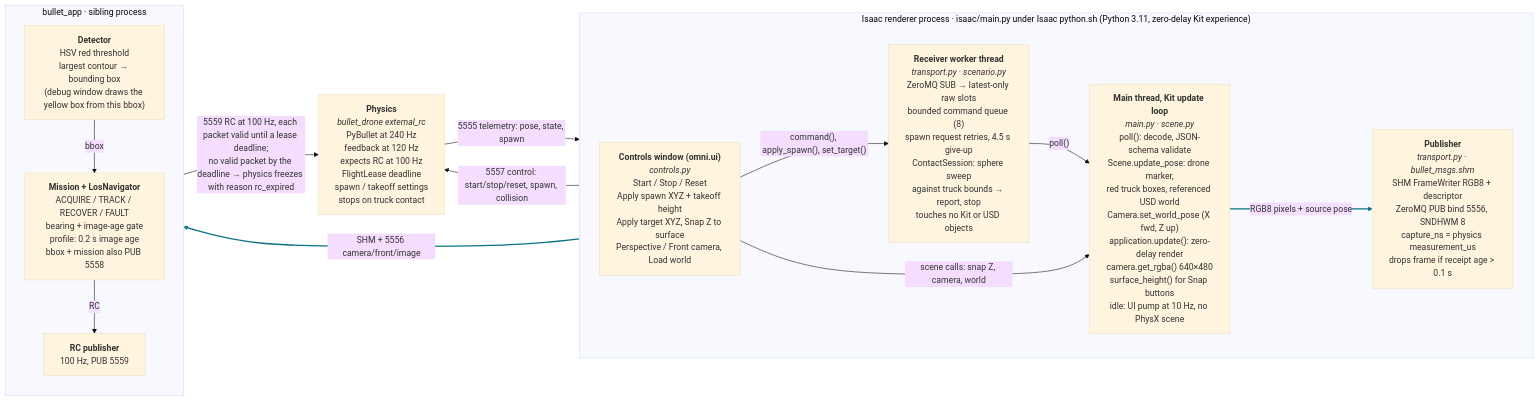
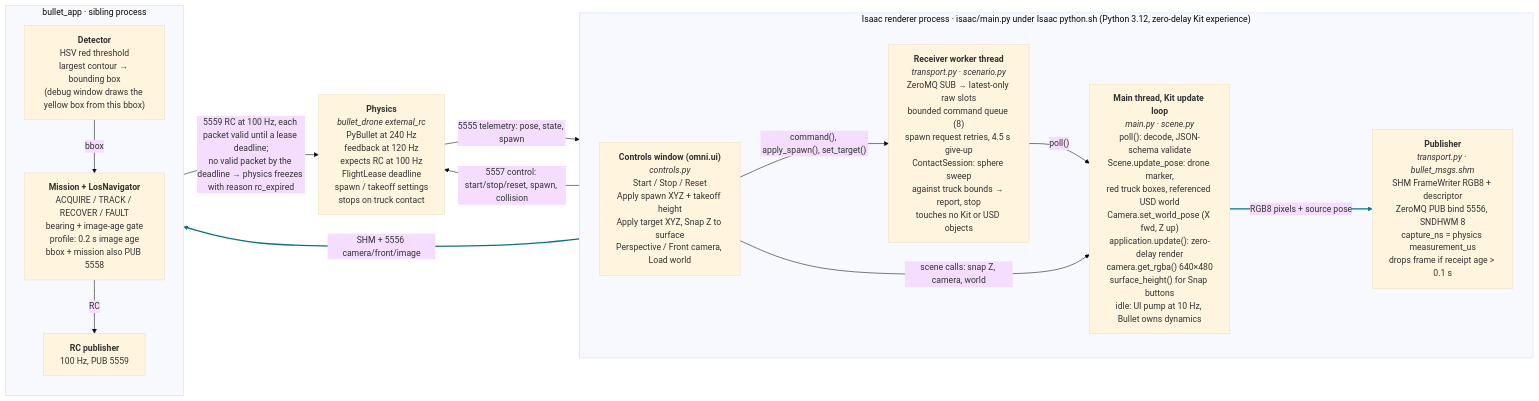
One commit to mayaboker/bullet_render changed the diagram in isaac/docs/isaac-renderer-map.md. Above: the diagram before and after it, drawn with Mermaid (base theme). The commit also changed other lines of this file and 14 other files, not shown here.

````diff
--- a/isaac/docs/isaac-renderer-map.md
+++ b/isaac/docs/isaac-renderer-map.md
@@ -15,32 +15,32 @@
 ```mermaid
 flowchart LR
     Physics["<b>Physics</b><br/><i>bullet_drone external_rc</i><br/>PyBullet at 240 Hz<br/>feedback at 120 Hz<br/>expects RC at 100 Hz<br/>FlightLease deadline<br/>spawn / takeoff settings<br/>stops on truck contact"]
 
-    subgraph Renderer["Isaac renderer process · isaac/main.py under Isaac python.sh (Python 3.11, zero-delay Kit experience)"]
+    subgraph Renderer["Isaac renderer process · isaac/main.py under Isaac python.sh (Python 3.12, zero-delay Kit experience)"]
         direction LR
         Receiver["<b>Receiver worker thread</b><br/><i>transport.py · scenario.py</i><br/>ZeroMQ SUB → latest-only raw slots<br/>bounded command queue (8)<br/>spawn request retries, 4.5 s give-up<br/>ContactSession: sphere sweep<br/>against truck bounds → report, stop<br/>touches no Kit or USD objects"]
-        Main["<b>Main thread, Kit update loop</b><br/><i>main.py · scene.py</i><br/>poll(): decode, JSON-schema validate<br/>Scene.update_pose: drone marker,<br/>red truck boxes, referenced USD world<br/>Camera.set_world_pose (X fwd, Z up)<br/>application.update(): zero-delay render<br/>camera.get_rgba() 640×480<br/>surface_height() for Snap buttons<br/>idle: UI pump at 10 Hz, no PhysX scene"]
+        Main["<b>Main thread, Kit update loop</b><br/><i>main.py · scene.py</i><br/>poll(): decode, JSON-schema validate<br/>Scene.update_pose: drone marker,<br/>red truck boxes, referenced USD world<br/>Camera.set_world_pose (X fwd, Z up)<br/>application.update(): zero-delay render<br/>camera.get_rgba() 640×480<br/>surface_height() for Snap buttons<br/>idle: UI pump at 10 Hz, Bullet owns dynamics"]
         Controls["<b>Controls window (omni.ui)</b><br/><i>controls.py</i><br/>Start / Stop / Reset<br/>Apply spawn XYZ + takeoff height<br/>Apply target XYZ, Snap Z to surface<br/>Perspective / Front camera, Load world"]
         Publisher["<b>Publisher</b><br/><i>transport.py · bullet_msgs.shm</i><br/>SHM FrameWriter RGB8 + descriptor<br/>ZeroMQ PUB bind 5556, SNDHWM 8<br/>capture_ns = physics measurement_us<br/>drops frame if receipt age &gt; 0.1 s"]
     end
 
     subgraph App["bullet_app · sibling process"]
         direction TB
         Detector["<b>Detector</b><br/>HSV red threshold<br/>largest contour → bounding box<br/>(debug window draws the yellow box from this bbox)"]
         Mission["<b>Mission + LosNavigator</b><br/>ACQUIRE / TRACK / RECOVER / FAULT<br/>bearing + image-age gate<br/>profile: 0.2 s image age<br/>bbox + mission also PUB 5558"]
         RC["<b>RC publisher</b><br/>100 Hz, PUB 5559"]
         Detector -- "bbox" --> Mission
         Mission -- "RC" --> RC
     end
 
     Physics -- "5555 telemetry: pose, state, spawn" --> Receiver
     Receiver -- "5557 control: start/stop/reset, spawn, collision" --> Physics
     Receiver -- "poll()" --> Main
     Controls -- "command(), apply_spawn(), set_target()" --> Receiver
     Controls -- "scene calls: snap Z, camera, world" --> Main
     Main == "RGB8 pixels + source pose" ==> Publisher
     Publisher == "SHM + 5556 camera/front/image" ==> Detector
     RC -- "5559 RC at 100 Hz, each packet valid until a lease deadline;<br/>no valid packet by the deadline → physics freezes with reason rc_expired" --> Physics
 
     linkStyle 7,8 stroke:#0b7285,stroke-width:2.5px
 ```
````
